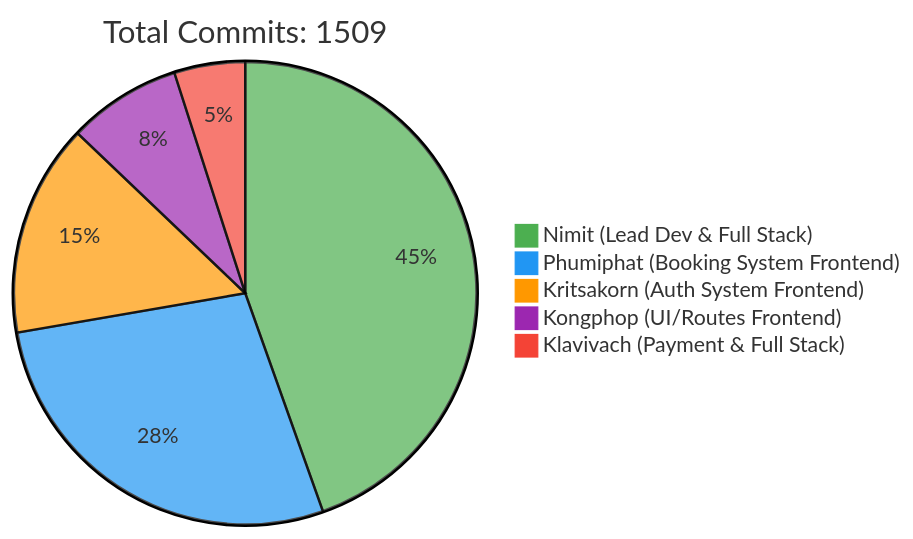
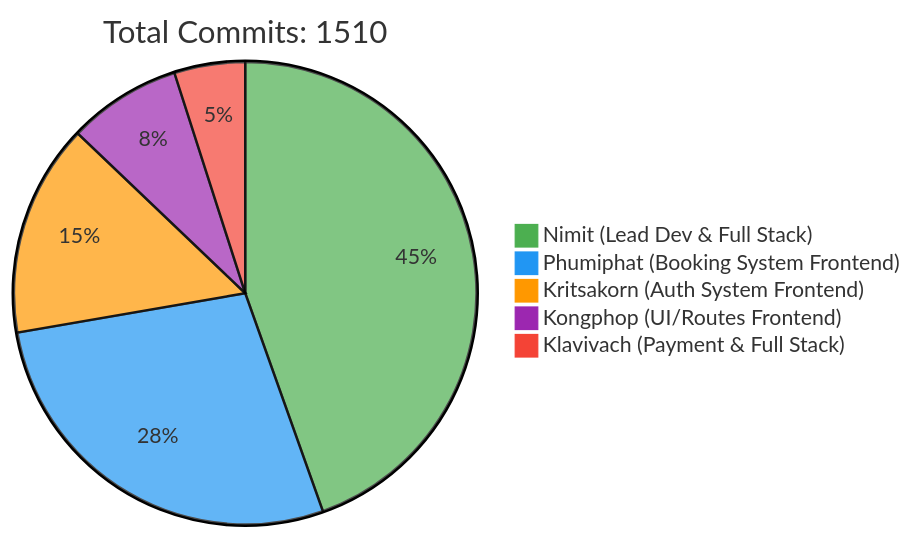
The first of 2 diagrams in README.md (6531503042/Sport-Complex), drawn with Mermaid before and after one commit. The commit also changed other lines of this file, not shown here.

Commit message:
docs: Update contributor statistics [skip ci]

````diff
--- a/README.md
+++ b/README.md
@@ -257,10 +257,10 @@
 ```mermaid
 %%{init: {'theme': 'base', 'themeVariables': { 'pie1': '#4CAF50', 'pie2': '#2196F3', 'pie3': '#FF9800', 'pie4': '#9C27B0', 'pie5': '#F44336'}}}%%
 pie
-    title Total Commits: 1509
+    title Total Commits: 1510
     "Nimit (Lead Dev & Full Stack)" : 450
     "Phumiphat (Booking System Frontend)" : 280
     "Kritsakorn (Auth System Frontend)" : 150
     "Kongphop (UI/Routes Frontend)" : 80
     "Klavivach (Payment & Full Stack)" : 50
 ```
````
